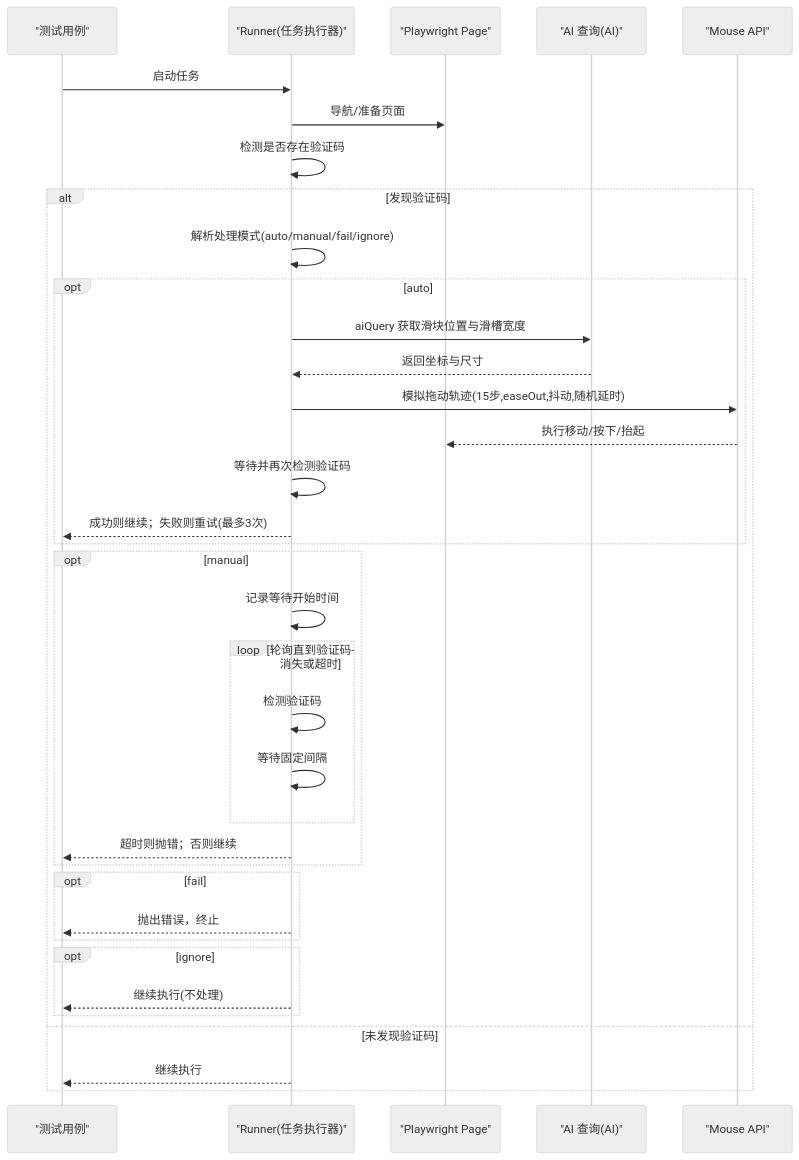
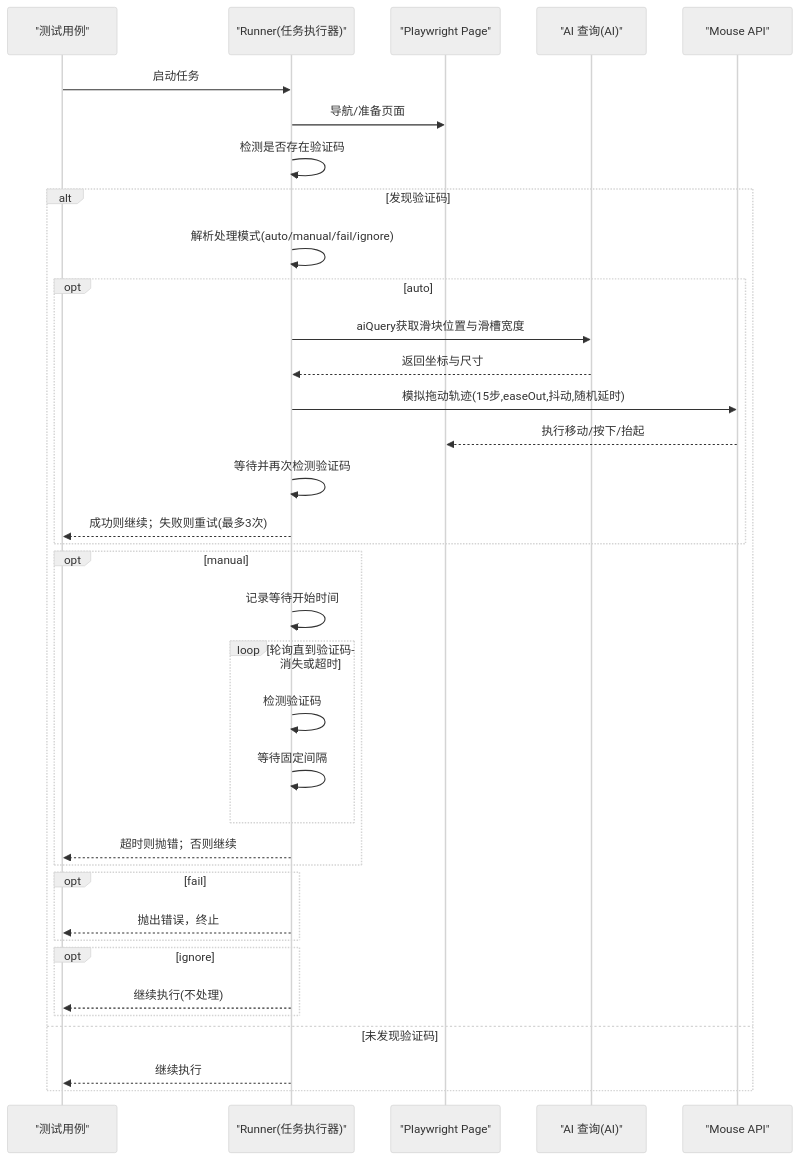
Before and after one commit to Jiane-EJ/playwright-mind: the second of 6 diagrams in .qoder/repowiki/zh/content/验证码处理.md, drawn with Mermaid (neutral theme). The commit also changed other lines of this file and 16 other files, not shown here.

````diff
--- a/.qoder/repowiki/zh/content/验证码处理.md
+++ b/.qoder/repowiki/zh/content/验证码处理.md
@@ -102,38 +143,38 @@
 ```mermaid
 sequenceDiagram
 participant T as "测试用例"
 participant R as "Runner(任务执行器)"
 participant P as "Playwright Page"
 participant AI as "AI 查询(AI)"
 participant M as "Mouse API"
 T->>R : 启动任务
 R->>P : 导航/准备页面
 R->>R : 检测是否存在验证码
 alt 发现验证码
 R->>R : 解析处理模式(auto/manual/fail/ignore)
 opt auto
-R->>AI : aiQuery 获取滑块位置与滑槽宽度
+R->>AI : aiQuery获取滑块位置与滑槽宽度
 AI-->>R : 返回坐标与尺寸
 R->>M : 模拟拖动轨迹(15步,easeOut,抖动,随机延时)
 M-->>P : 执行移动/按下/抬起
 R->>R : 等待并再次检测验证码
 R-->>T : 成功则继续；失败则重试(最多3次)
 end
 opt manual
 R->>R : 记录等待开始时间
 loop 轮询直到验证码消失或超时
 R->>R : 检测验证码
 R->>R : 等待固定间隔
 end
 R-->>T : 超时则抛错；否则继续
 end
 opt fail
 R-->>T : 抛出错误，终止
 end
 opt ignore
 R-->>T : 继续执行(不处理)
 end
 else 未发现验证码
 R-->>T : 继续执行
 end
 ```
````
